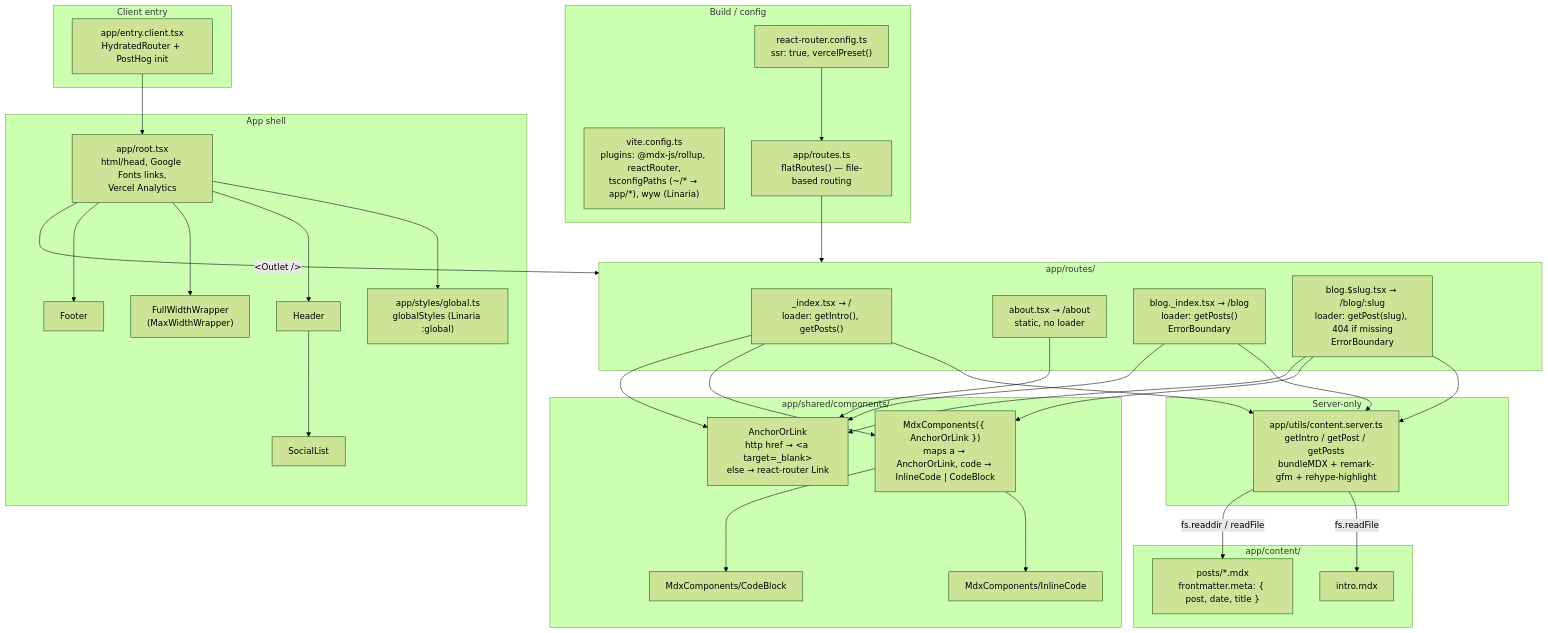
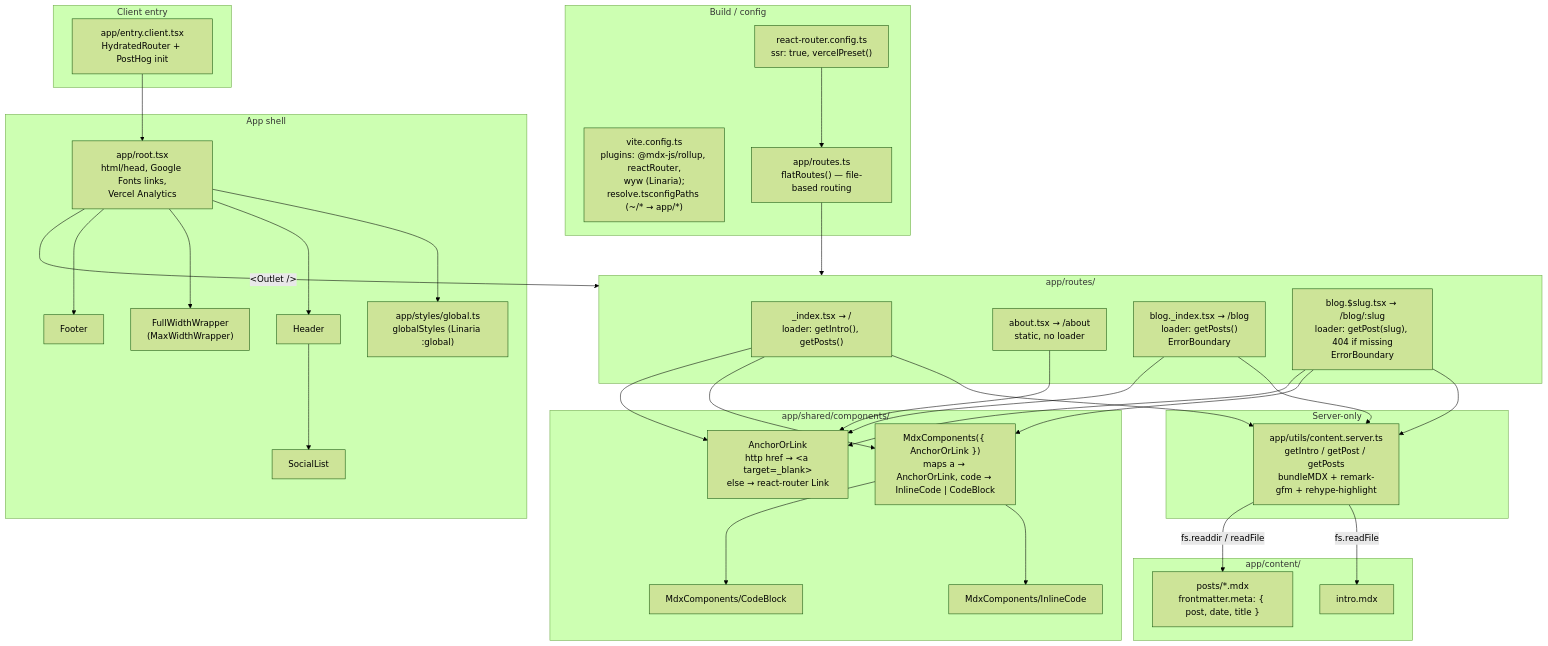
The first of 2 diagrams in docs/ARCHITECTURE.md (mansn/mansnilsson.me), drawn with Mermaid (forest theme) before and after one commit. The commit also changed 24 other files, not shown here.

````diff
--- a/docs/ARCHITECTURE.md
+++ b/docs/ARCHITECTURE.md
@@ -10,67 +10,67 @@
 ```mermaid
 flowchart TD
   subgraph Build["Build / config"]
-    vite["vite.config.ts<br/>plugins: @mdx-js/rollup, reactRouter,<br/>tsconfigPaths (~/* → app/*), wyw (Linaria)"]
+    vite["vite.config.ts<br/>plugins: @mdx-js/rollup, reactRouter,<br/>wyw (Linaria);<br/>resolve.tsconfigPaths (~/* → app/*)"]
     rrconf["react-router.config.ts<br/>ssr: true, vercelPreset()"]
     routesTs["app/routes.ts<br/>flatRoutes() — file-based routing"]
   end
 
   subgraph Client["Client entry"]
     entryClient["app/entry.client.tsx<br/>HydratedRouter + PostHog init"]
   end
 
   subgraph Shell["App shell"]
     root["app/root.tsx<br/>html/head, Google Fonts links,<br/>Vercel Analytics"]
     global["app/styles/global.ts<br/>globalStyles (Linaria :global)"]
     header["Header"]
     footer["Footer"]
     wrapper["FullWidthWrapper<br/>(MaxWidthWrapper)"]
     social["SocialList"]
   end
 
   subgraph Routes["app/routes/"]
     index["_index.tsx → /<br/>loader: getIntro(), getPosts()"]
     about["about.tsx → /about<br/>static, no loader"]
     blogIndex["blog._index.tsx → /blog<br/>loader: getPosts()<br/>ErrorBoundary"]
     blogSlug["blog.$slug.tsx → /blog/:slug<br/>loader: getPost(slug), 404 if missing<br/>ErrorBoundary"]
   end
 
   subgraph Shared["app/shared/components/"]
     anchor["AnchorOrLink<br/>http href → &lt;a target=_blank&gt;<br/>else → react-router Link"]
     mdxComps["MdxComponents({ AnchorOrLink })<br/>maps a → AnchorOrLink, code → InlineCode | CodeBlock"]
     inlineCode["MdxComponents/InlineCode"]
     codeBlock["MdxComponents/CodeBlock"]
   end
 
   subgraph Server["Server-only"]
     contentServer["app/utils/content.server.ts<br/>getIntro / getPost / getPosts<br/>bundleMDX + remark-gfm + rehype-highlight"]
   end
 
   subgraph Content["app/content/"]
     intro["intro.mdx"]
     posts["posts/*.mdx<br/>frontmatter.meta: { post, date, title }"]
   end
 
   rrconf --> routesTs --> Routes
   entryClient --> root
   root --> global
   root --> header --> social
   root --> wrapper
   root --> footer
   root -- "&lt;Outlet /&gt;" --> Routes
 
   index --> contentServer
   blogIndex --> contentServer
   blogSlug --> contentServer
   contentServer -- "fs.readFile" --> intro
   contentServer -- "fs.readdir / readFile" --> posts
 
   index --> mdxComps
   blogSlug --> mdxComps
   index --> anchor
   about --> anchor
   blogIndex --> anchor
   blogSlug --> anchor
   mdxComps --> inlineCode
   mdxComps --> codeBlock
 ```
````
